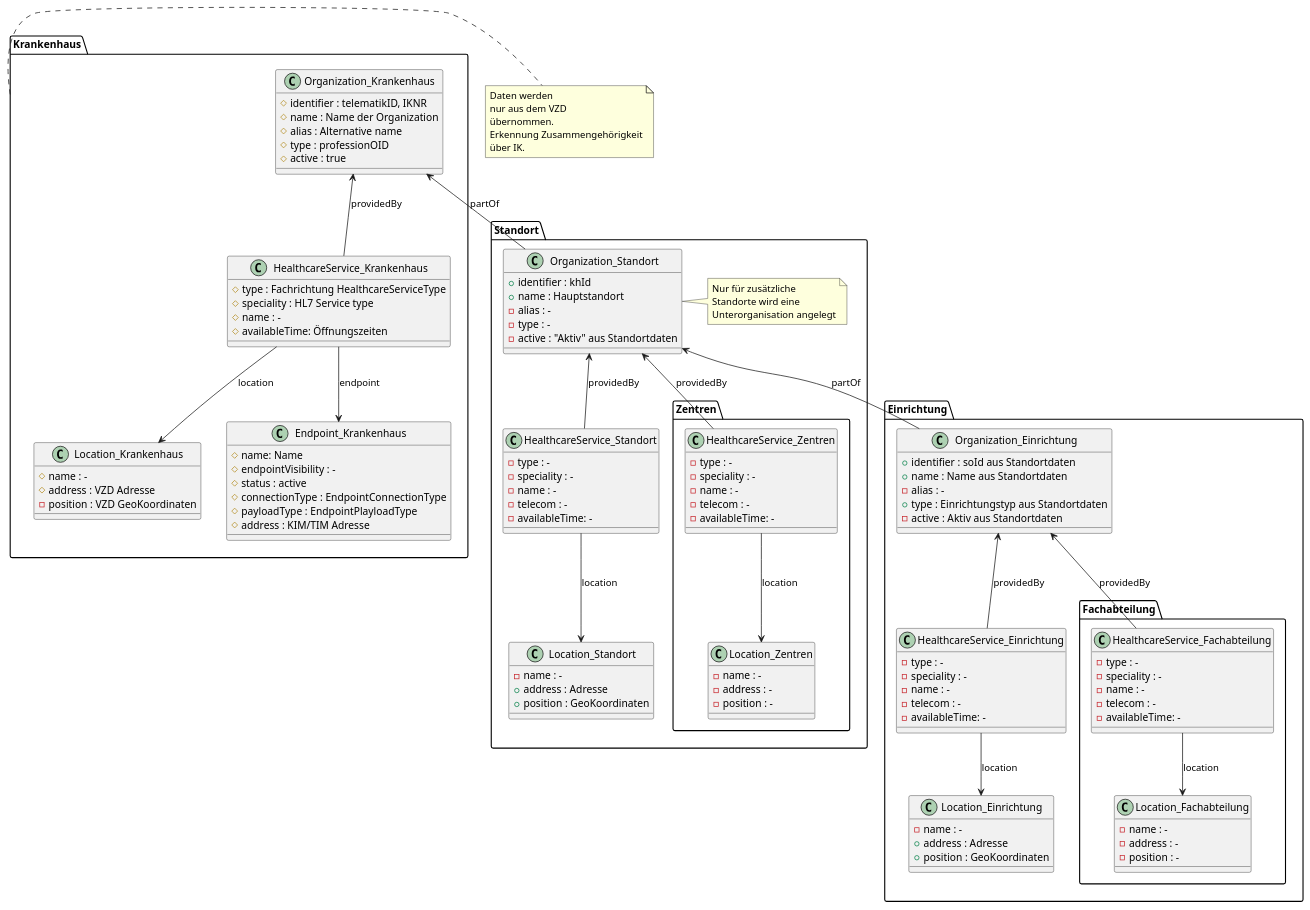
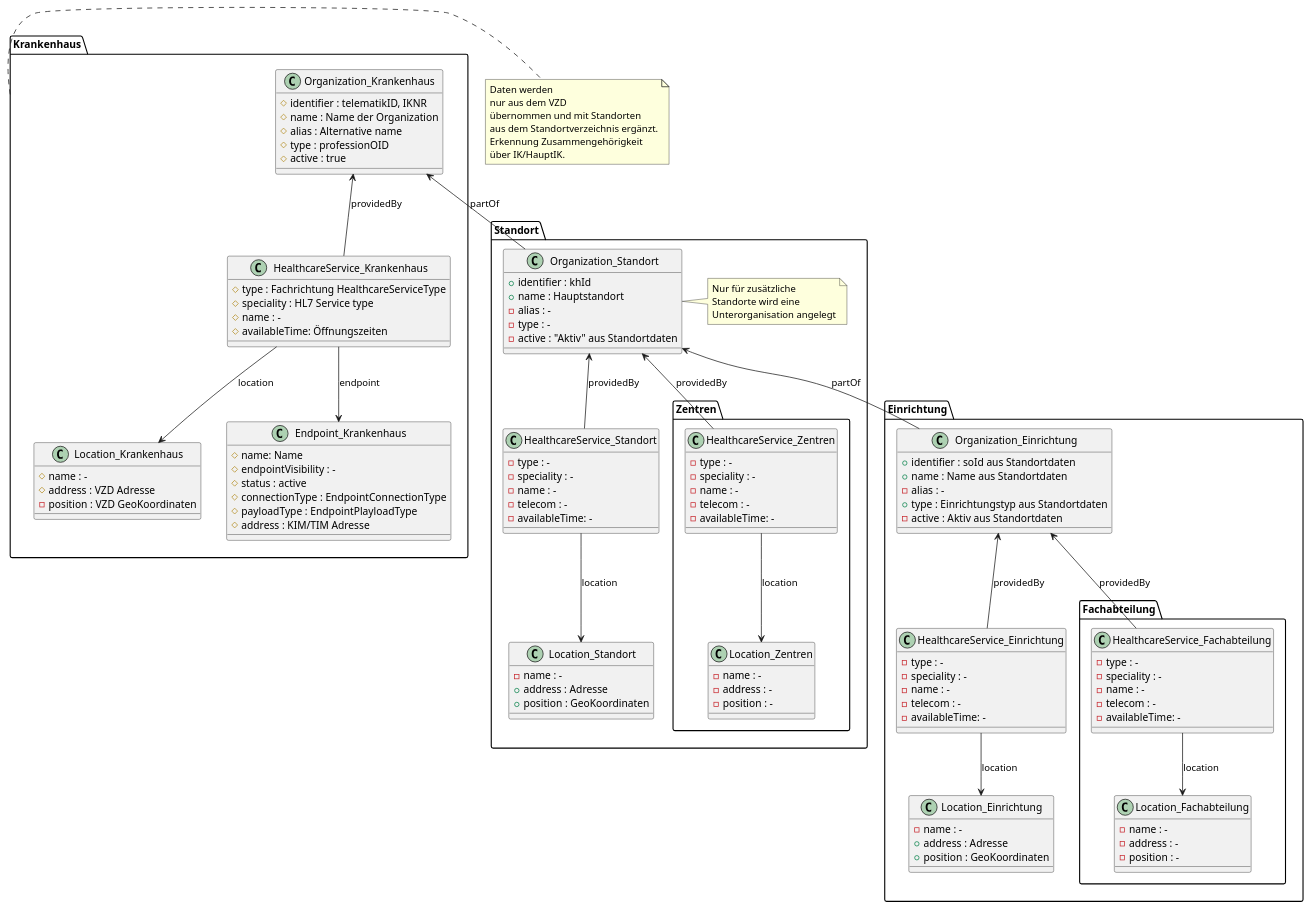
The diagram in src/plantuml/OrgStruct/Standortverzeichnis_optimiert.puml (gematik/api-vzd), drawn with PlantUML before and after one commit.

```diff
--- a/src/plantuml/OrgStruct/Standortverzeichnis_optimiert.puml
+++ b/src/plantuml/OrgStruct/Standortverzeichnis_optimiert.puml
@@ -1,174 +1,175 @@
 @startuml
 
 package "Krankenhaus" {
   
 class Organization_Krankenhaus {
 #identifier : telematikID, IKNR 
 #name : Name der Organization 
 #alias : Alternative name
 #type : professionOID
 #active : true
 }
 
 
 
 class HealthcareService_Krankenhaus {
 #type : Fachrichtung HealthcareServiceType
 #speciality : HL7 Service type
 #name : -
 #availableTime: Öffnungszeiten
 }
 
 Organization_Krankenhaus <-- HealthcareService_Krankenhaus : providedBy
 HealthcareService_Krankenhaus --> Location_Krankenhaus : location
 HealthcareService_Krankenhaus --> Endpoint_Krankenhaus : endpoint
 
 
 class Location_Krankenhaus {
 #name : -
 #address : VZD Adresse 
 -position : VZD GeoKoordinaten
 }
 
 
 class Endpoint_Krankenhaus {
 #name: Name
 #endpointVisibility : -
 #status : active
 #connectionType : EndpointConnectionType
 #payloadType : EndpointPlayloadType
 #address : KIM/TIM Adresse
 }
 
 }
 
 note right of Krankenhaus 
    Daten werden
    nur aus dem VZD
-   übernommen.
+   übernommen und mit Standorten 
+   aus dem Standortverzeichnis ergänzt.
    Erkennung Zusammengehörigkeit
-   über IK.
+   über IK/HauptIK.
 end note   
 
 package "Standort" {
 
 class Organization_Standort {
 +identifier : khId
 +name : Hauptstandort
 -alias : -
 -type : -
 -active : "Aktiv" aus Standortdaten
 }
 note right of Organization_Standort 
    Nur für zusätzliche
    Standorte wird eine
    Unterorganisation angelegt
 end note 
 
 Organization_Krankenhaus <-- Organization_Standort : "partOf"
 HealthcareService_Krankenhaus -[hidden]right-> Organization_Standort
 
 class HealthcareService_Standort {
 -type : -
 -speciality : -
 -name : -
 -telecom : -
 -availableTime: -
 }
 
 HealthcareService_Standort --> Location_Standort : location
 Organization_Standort <-- HealthcareService_Standort : providedBy
 
 
 
 class Location_Standort {
 -name : -
 +address : Adresse
 +position : GeoKoordinaten
 }
 
 package "Zentren" {
 
 Organization_Standort <-down- HealthcareService_Zentren : "providedBy"
 
 class HealthcareService_Zentren {
 -type : -
 -speciality : -
 -name : -
 -telecom : -
 -availableTime: -
 }
 
 HealthcareService_Zentren --> Location_Zentren : location
 
 
 class Location_Zentren {
 -name : -
 -address : -
 -position : -
 }
 
 }
 
 }
 
 package "Einrichtung" {
 
 class Organization_Einrichtung {
 +identifier : soId aus Standortdaten
 +name : Name aus Standortdaten
 -alias : -
 +type : Einrichtungstyp aus Standortdaten
 -active : Aktiv aus Standortdaten
 }
 
 
 Organization_Standort <-- Organization_Einrichtung : "partOf"
 
 class HealthcareService_Einrichtung {
 -type : -
 -speciality : -
 -name : -
 -telecom : -
 -availableTime: -
 }
 
 HealthcareService_Einrichtung --> Location_Einrichtung : location
 Organization_Einrichtung <-- HealthcareService_Einrichtung : providedBy
 
 
 
 class Location_Einrichtung {
 -name : -
 +address : Adresse
 +position : GeoKoordinaten
 }
 
 package "Fachabteilung" {
 
 
 Organization_Einrichtung <-down- HealthcareService_Fachabteilung : "providedBy"
 
 class HealthcareService_Fachabteilung {
 -type : -
 -speciality : -
 -name : -
 -telecom : -
 -availableTime: -
 }
 
 HealthcareService_Fachabteilung --> Location_Fachabteilung : location
 
 class Location_Fachabteilung {
 -name : -
 -address : -
 -position : -
 }
 
 }
 
 }
 
 
 
 @enduml
```
